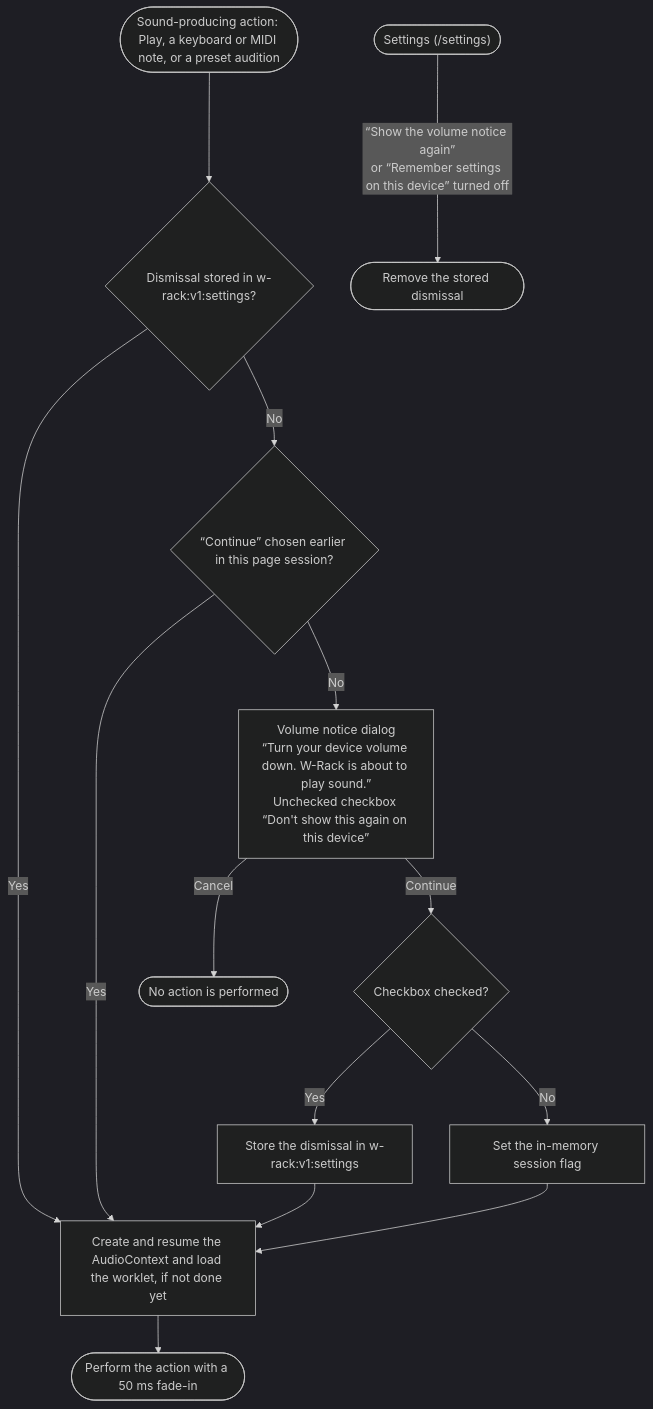
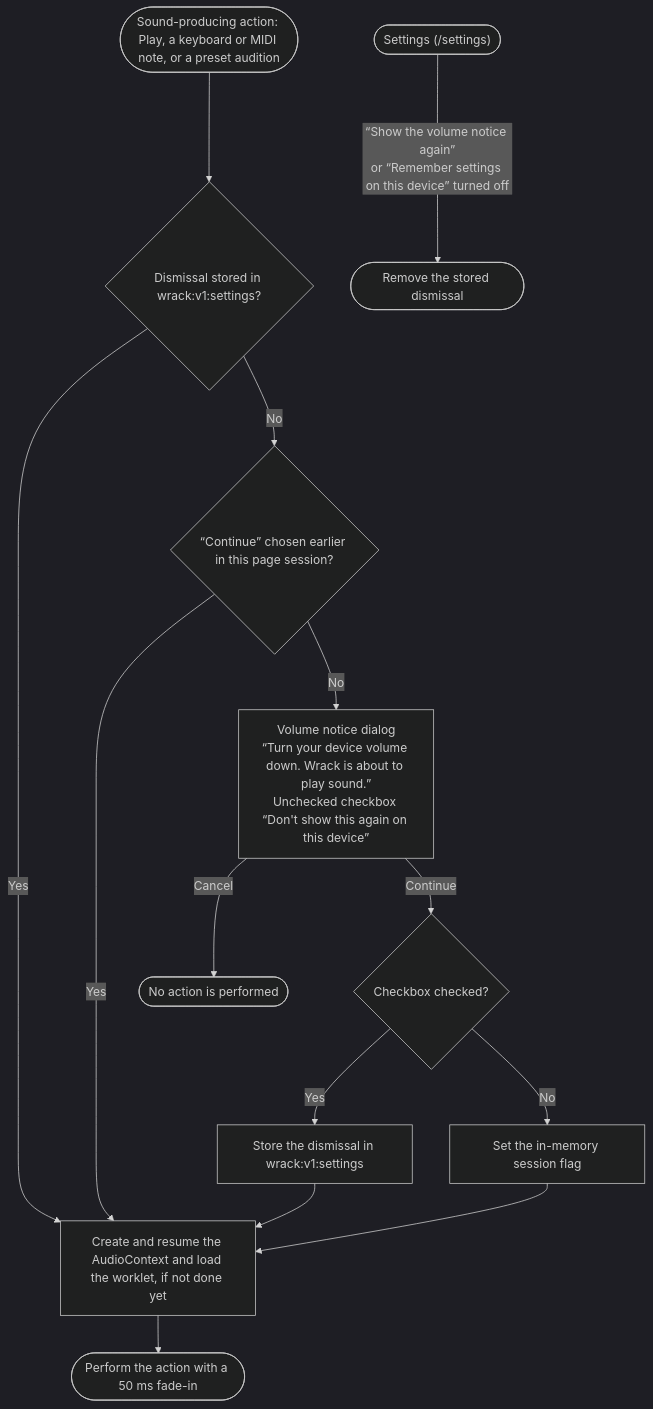
One commit to victor-almaraz/mpcs-51238-assignment-3 changed the fourth of 10 diagrams in README.md. Above: the diagram before and after it, drawn with Mermaid (dark theme). The commit also changed other lines of this file and 58 other files, not shown here.

First line of the commit message:
chore: rename the app from W-Rack to Wrack

````diff
--- a/README.md
+++ b/README.md
@@ -87,17 +87,17 @@
 ```mermaid
 flowchart TD
-  vn_start(["Sound-producing action: Play, a keyboard or MIDI note, or a preset audition"]) --> vn_stored{"Dismissal stored in w-rack:v1:settings?"}
+  vn_start(["Sound-producing action: Play, a keyboard or MIDI note, or a preset audition"]) --> vn_stored{"Dismissal stored in wrack:v1:settings?"}
   vn_stored -->|"Yes"| vn_ctx
   vn_stored -->|"No"| vn_session{"“Continue” chosen earlier in this page session?"}
   vn_session -->|"Yes"| vn_ctx
-  vn_session -->|"No"| vn_dialog["Volume notice dialog<br/>“Turn your device volume down. W-Rack is about to play sound.”<br/>Unchecked checkbox “Don't show this again on this device”"]
+  vn_session -->|"No"| vn_dialog["Volume notice dialog<br/>“Turn your device volume down. Wrack is about to play sound.”<br/>Unchecked checkbox “Don't show this again on this device”"]
   vn_dialog -->|"Cancel"| vn_cancel(["No action is performed"])
   vn_dialog -->|"Continue"| vn_box{"Checkbox checked?"}
-  vn_box -->|"Yes"| vn_persist["Store the dismissal in w-rack:v1:settings"]
+  vn_box -->|"Yes"| vn_persist["Store the dismissal in wrack:v1:settings"]
   vn_box -->|"No"| vn_flag["Set the in-memory session flag"]
   vn_persist --> vn_ctx
   vn_flag --> vn_ctx
   vn_ctx["Create and resume the AudioContext and load the worklet, if not done yet"] --> vn_perform(["Perform the action with a 50 ms fade-in"])
 
   vn_settings(["Settings (/settings)"]) -->|"“Show the volume notice again”<br/>or “Remember settings on this device” turned off"| vn_clear(["Remove the stored dismissal"])
 ```
````
